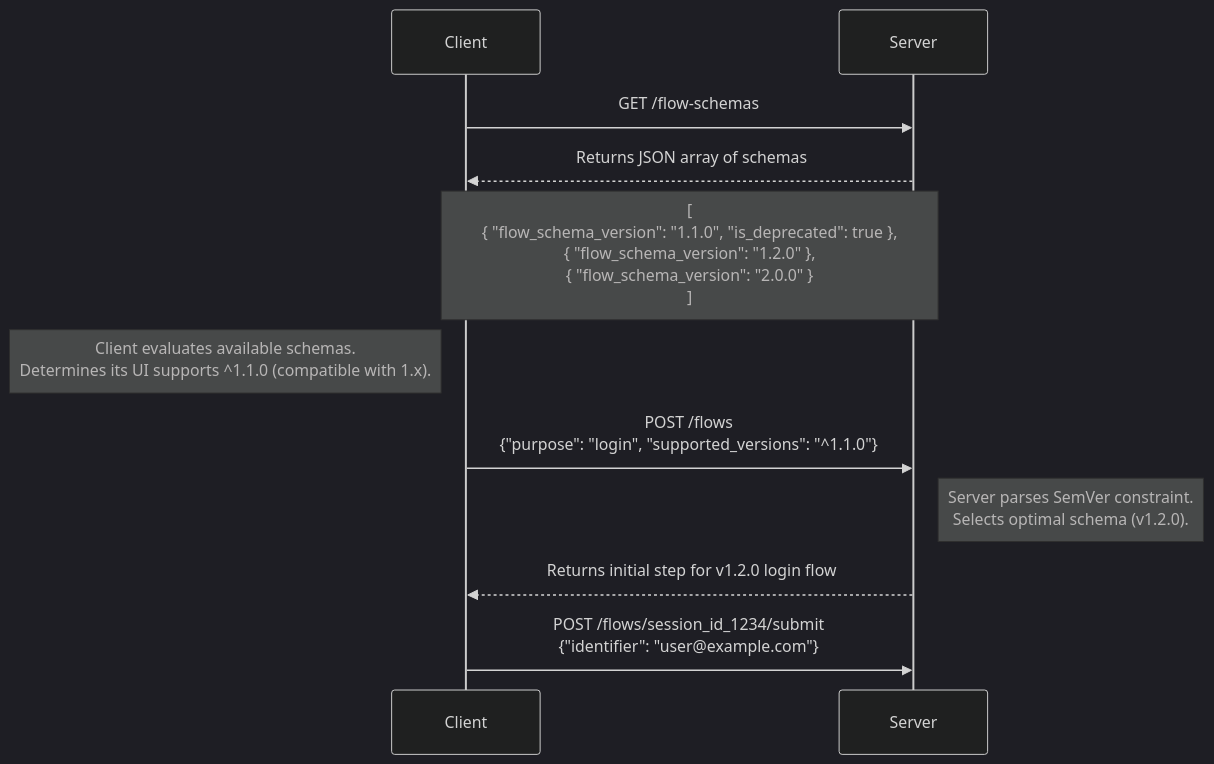
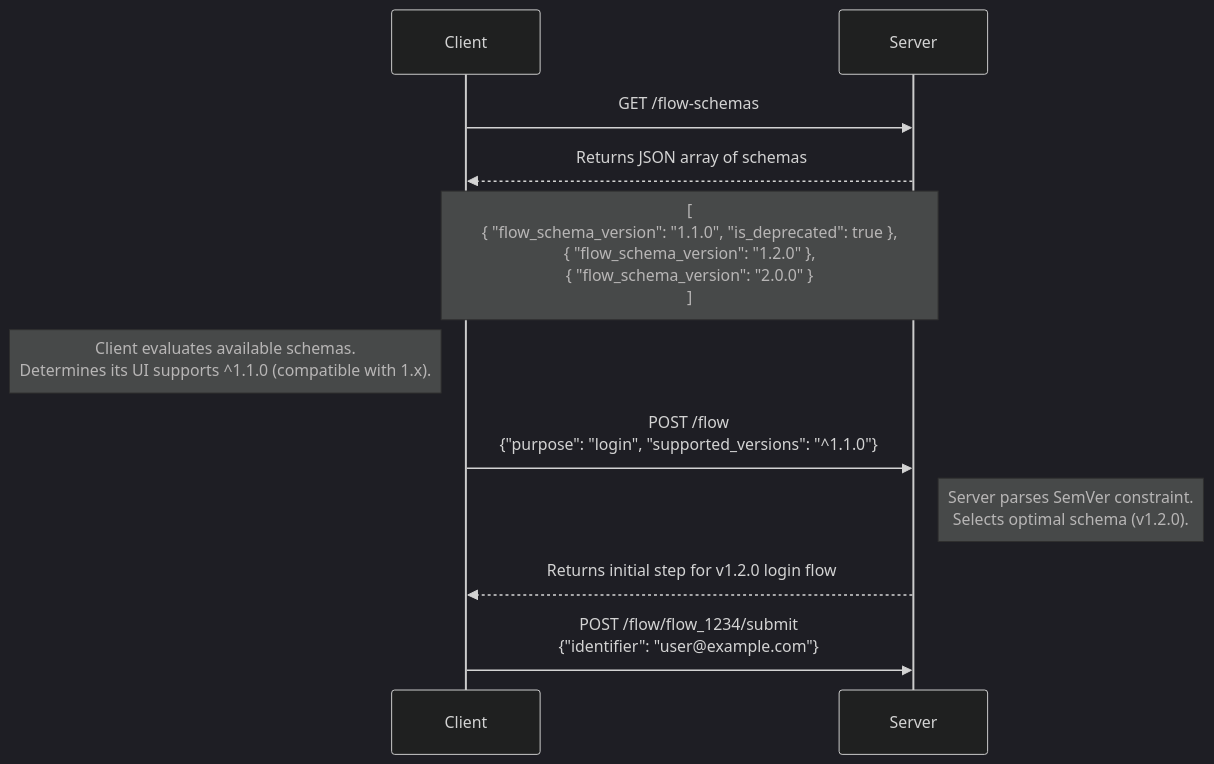
One commit to zitadel/nextgen changed the diagram in docs/design/flowengine/capability-handshake.md. Above: the diagram before and after it, drawn with Mermaid (dark theme). The commit also changed 42 other files, not shown here.

````diff
--- a/docs/design/flowengine/capability-handshake.md
+++ b/docs/design/flowengine/capability-handshake.md
@@ -11,13 +11,13 @@
 ```mermaid
 sequenceDiagram
 participant Client
 participant Server
     Client->>Server: GET /flow-schemas
     Server-->>Client: Returns JSON array of schemas
     Note over Client, Server: [<br/>  { "flow_schema_version": "1.1.0", "is_deprecated": true },<br/>  { "flow_schema_version": "1.2.0" },<br/>  { "flow_schema_version": "2.0.0" }<br/>]
     Note left of Client: Client evaluates available schemas.<br/>Determines its UI supports ^1.1.0 (compatible with 1.x).
-    Client->>Server: POST /flows<br/>{"purpose": "login", "supported_versions": "^1.1.0"}
+    Client->>Server: POST /flow<br/>{"purpose": "login", "supported_versions": "^1.1.0"}
     Note right of Server: Server parses SemVer constraint.<br/>Selects optimal schema (v1.2.0).
     Server-->>Client: Returns initial step for v1.2.0 login flow
-    Client->>Server: POST /flows/session_id_1234/submit<br/>{"identifier": "user@example.com"}
+    Client->>Server: POST /flow/flow_1234/submit<br/>{"identifier": "user@example.com"}
 ```
````
